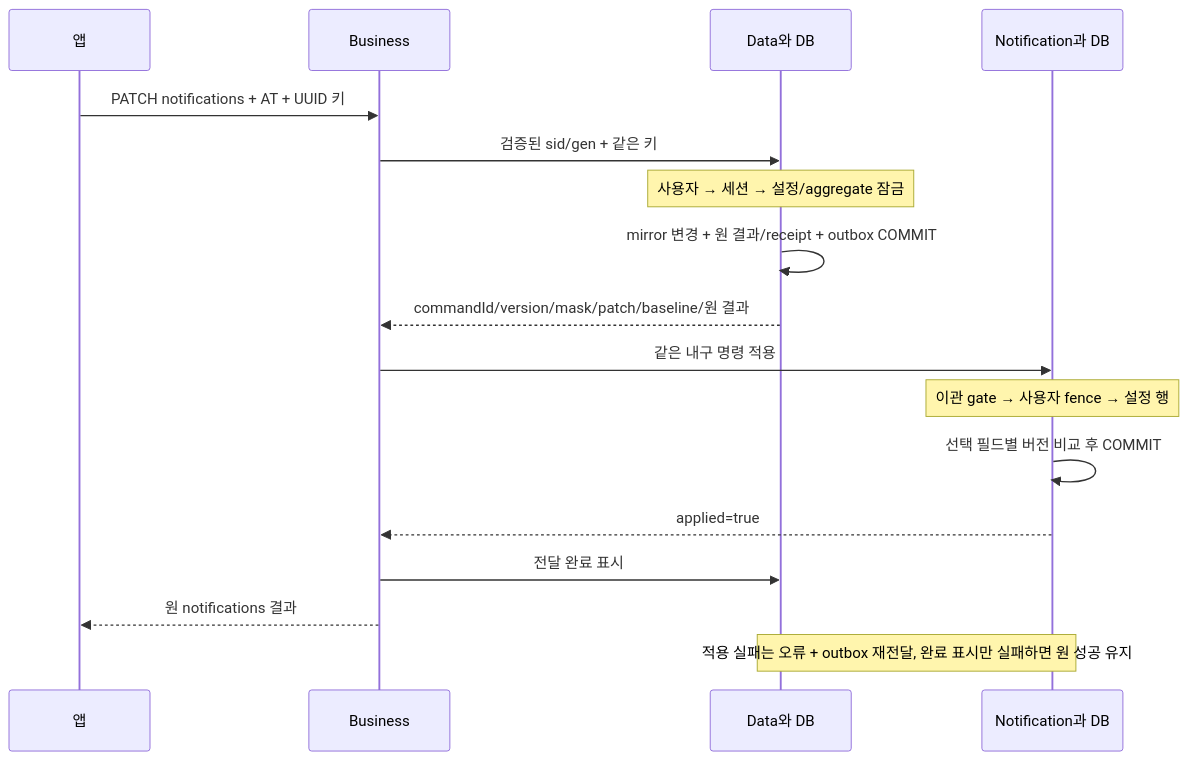
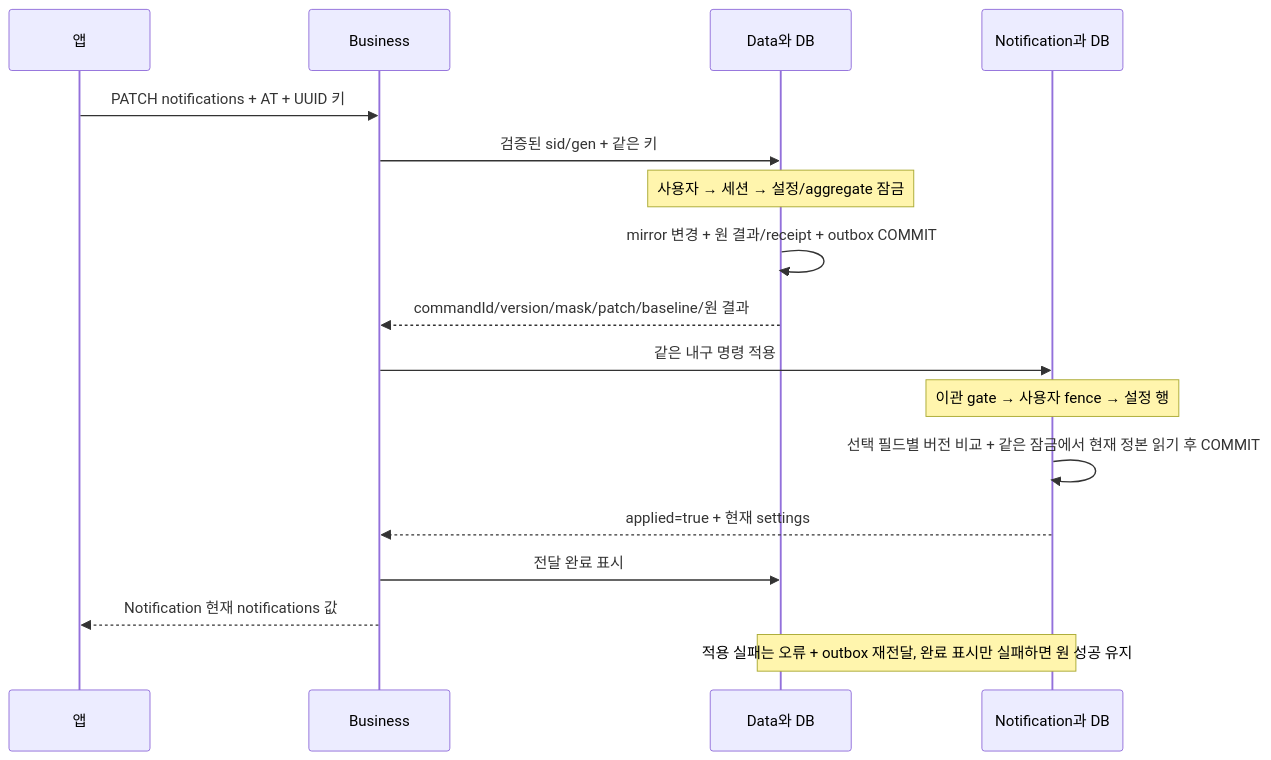
Before and after one commit to OneOrThree/phone: the seventh of 10 diagrams in server/business-api/README.md, drawn with Mermaid. The commit also changed 8 other files, not shown here.

Commit message:
[FIX] GROMO-2209 알림 설정 명령 재시도가 Notification 의 현재 저장값을 반환한다 — 같은 user-state 잠금에서 정본을 읽고 Business 는 요청값을 에코하지 않는다

````diff
--- a/server/business-api/README.md
+++ b/server/business-api/README.md
@@ -742,19 +742,19 @@
 ```mermaid
 sequenceDiagram
     participant A as 앱
     participant B as Business
     participant D as Data와 DB
     participant N as Notification과 DB
     A->>B: PATCH notifications + AT + UUID 키
     B->>D: 검증된 sid/gen + 같은 키
     Note over D: 사용자 → 세션 → 설정/aggregate 잠금
     D->>D: mirror 변경 + 원 결과/receipt + outbox COMMIT
     D-->>B: commandId/version/mask/patch/baseline/원 결과
     B->>N: 같은 내구 명령 적용
     Note over N: 이관 gate → 사용자 fence → 설정 행
-    N->>N: 선택 필드별 버전 비교 후 COMMIT
-    N-->>B: applied=true
+    N->>N: 선택 필드별 버전 비교 + 같은 잠금에서 현재 정본 읽기 후 COMMIT
+    N-->>B: applied=true + 현재 settings
     B->>D: 전달 완료 표시
-    B-->>A: 원 notifications 결과
+    B-->>A: Notification 현재 notifications 값
     Note over D,N: 적용 실패는 오류 + outbox 재전달, 완료 표시만 실패하면 원 성공 유지
 ```
````
